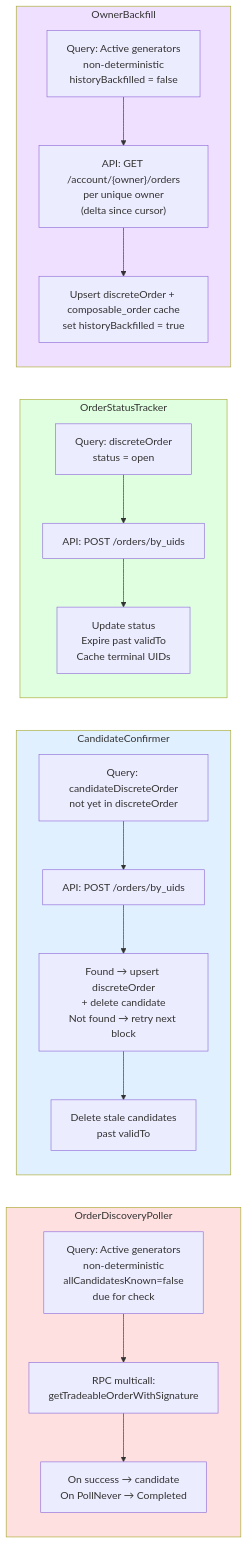
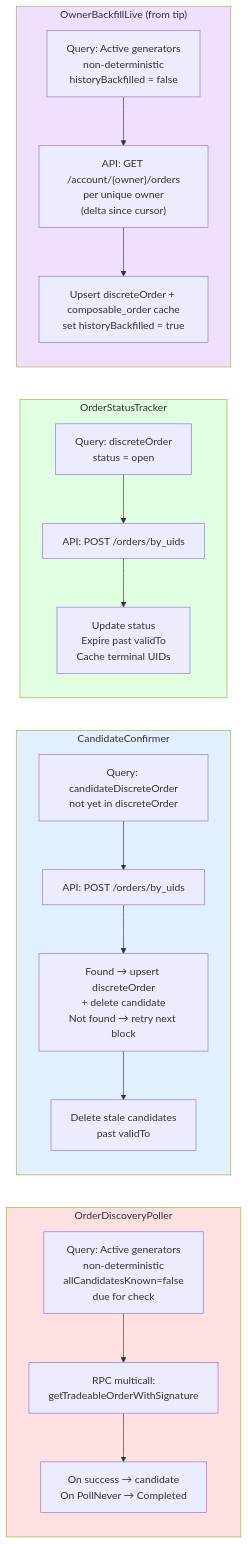
The third of 7 diagrams in agent_docs/orderbook-integration-flow.md (bleu/cow-programmatic-orders-api), drawn with Mermaid before and after one commit. The commit also changed other lines of this file and 14 other files, not shown here.

First line of the commit message:
perf(backfill): drain owner history only from the tip, not during sync (#115)

````diff
--- a/agent_docs/orderbook-integration-flow.md
+++ b/agent_docs/orderbook-integration-flow.md
@@ -513,40 +511,40 @@
 ```mermaid
 flowchart LR
     subgraph OrderDiscoveryPoller["OrderDiscoveryPoller"]
         direction TB
         C1Q["Query: Active generators<br/>non-deterministic<br/>allCandidatesKnown=false<br/>due for check"]
         C1M["RPC multicall:<br/>getTradeableOrderWithSignature"]
         C1R["On success → candidate<br/>On PollNever → Completed"]
         C1Q --> C1M --> C1R
     end
 
     subgraph CandidateConfirmer["CandidateConfirmer"]
         direction TB
         C2Q["Query: candidateDiscreteOrder<br/>not yet in discreteOrder"]
         C2F["API: POST /orders/by_uids"]
         C2U["Found → upsert discreteOrder<br/>+ delete candidate<br/>Not found → retry next block"]
         C2X["Delete stale candidates<br/>past validTo"]
         C2Q --> C2F --> C2U --> C2X
     end
 
     subgraph OrderStatusTracker["OrderStatusTracker"]
         direction TB
         C3Q["Query: discreteOrder<br/>status = open"]
         C3F["API: POST /orders/by_uids"]
         C3U["Update status<br/>Expire past validTo<br/>Cache terminal UIDs"]
         C3Q --> C3F --> C3U
     end
 
-    subgraph OwnerBackfill["OwnerBackfill"]
+    subgraph OwnerBackfillLive["OwnerBackfillLive (from tip)"]
         direction TB
         C4Q["Query: Active generators<br/>non-deterministic<br/>historyBackfilled = false"]
         C4F["API: GET /account/{owner}/orders<br/>per unique owner<br/>(delta since cursor)"]
         C4U["Upsert discreteOrder + composable_order cache<br/>set historyBackfilled = true"]
         C4Q --> C4F --> C4U
     end
 
     style OrderDiscoveryPoller fill:#ffe0e0
     style CandidateConfirmer fill:#e0f0ff
     style OrderStatusTracker fill:#e0ffe0
-    style OwnerBackfill fill:#f0e0ff
+    style OwnerBackfillLive fill:#f0e0ff
 ```
````
